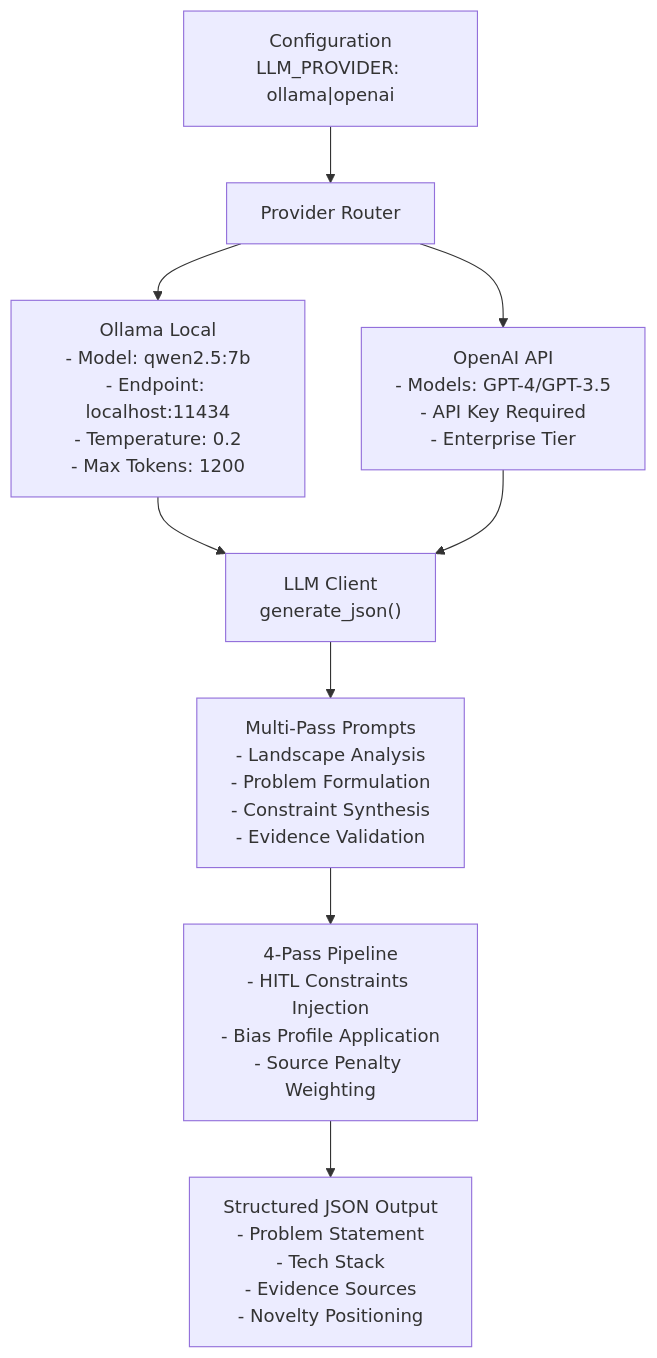
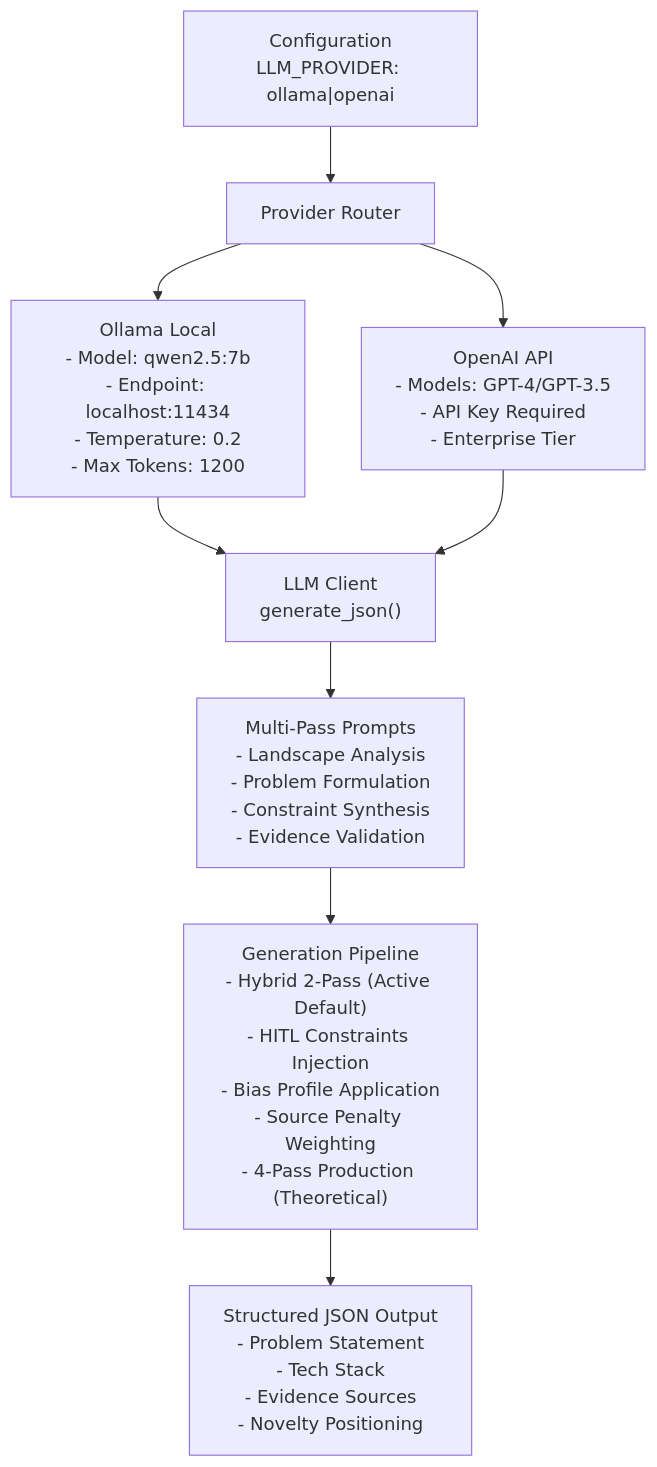
Before and after one commit to Shrx14/InnovateSphere: the third of 7 diagrams in docs/PROJECT_EVALUATION_CONTEXT.md, drawn with Mermaid. The commit also changed other lines of this file and 57 other files, not shown here.

````diff
--- a/docs/PROJECT_EVALUATION_CONTEXT.md
+++ b/docs/PROJECT_EVALUATION_CONTEXT.md
@@ -299,16 +295,16 @@
 ```mermaid
 graph TD
     Config["Configuration<br/>LLM_PROVIDER: ollama|openai"] --> Router["Provider Router"]
     
     Router --> Ollama["Ollama Local<br/>- Model: qwen2.5:7b<br/>- Endpoint: localhost:11434<br/>- Temperature: 0.2<br/>- Max Tokens: 1200"]
     
     Router --> OpenAI["OpenAI API<br/>- Models: GPT-4/GPT-3.5<br/>- API Key Required<br/>- Enterprise Tier"]
     
     Ollama --> LLM["LLM Client<br/>generate_json()"] --> Prompts["Multi-Pass Prompts<br/>- Landscape Analysis<br/>- Problem Formulation<br/>- Constraint Synthesis<br/>- Evidence Validation"]
     
     OpenAI --> LLM
     
-    Prompts --> Pipeline["4-Pass Pipeline<br/>- HITL Constraints Injection<br/>- Bias Profile Application<br/>- Source Penalty Weighting"]
+    Prompts --> Pipeline["Generation Pipeline<br/>- Hybrid 2-Pass (Active Default)<br/>- HITL Constraints Injection<br/>- Bias Profile Application<br/>- Source Penalty Weighting<br/>- 4-Pass Production (Theoretical)"]
     
     Pipeline --> Output["Structured JSON Output<br/>- Problem Statement<br/>- Tech Stack<br/>- Evidence Sources<br/>- Novelty Positioning"]
 ```
````
